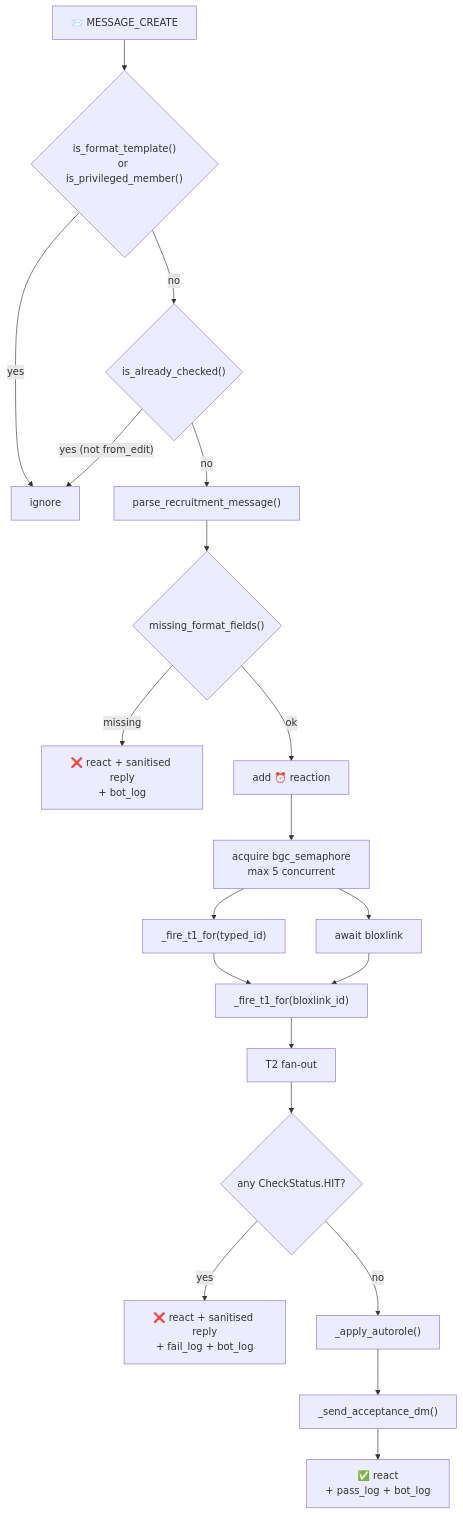
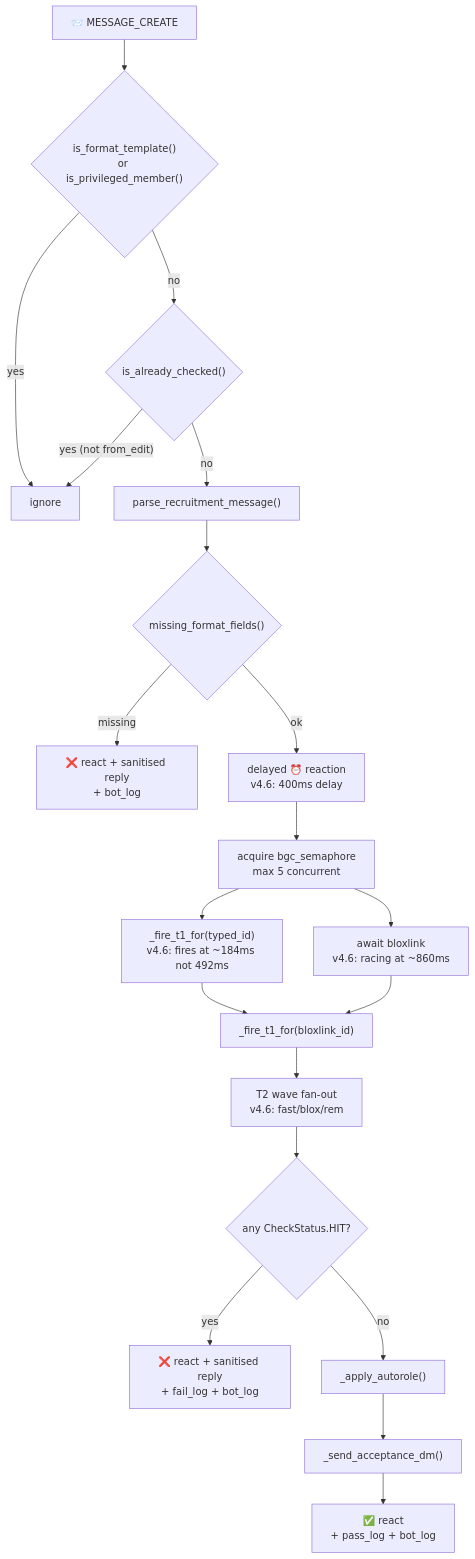
Before and after one commit to pizzarobloxh/bgc-bot: the first of 12 diagrams in README.md, drawn with Mermaid. The commit also changed other lines of this file, not shown here.

````diff
--- a/README.md
+++ b/README.md
@@ -199,22 +180,22 @@
 ```mermaid
 flowchart TD
     A["📨 MESSAGE_CREATE"] --> B{"is_format_template()<br/>or is_privileged_member()"}
     B -->|"yes"| Z["ignore"]
     B -->|"no"| C{"is_already_checked()"}
     C -->|"yes (not from_edit)"| Z
     C -->|"no"| D["parse_recruitment_message()"]
     D --> E{"missing_format_fields()"}
     E -->|"missing"| F["❌ react + sanitised reply<br/>+ bot_log"]
-    E -->|"ok"| G["add ⏰ reaction"]
+    E -->|"ok"| G["delayed ⏰ reaction<br/>v4.6: 400ms delay"]
     G --> H["acquire bgc_semaphore<br/>max 5 concurrent"]
-    H --> I["_fire_t1_for(typed_id)"]
-    H --> J["await bloxlink"]
+    H --> I["_fire_t1_for(typed_id)<br/>v4.6: fires at ~184ms not 492ms"]
+    H --> J["await bloxlink<br/>v4.6: racing at ~860ms"]
     I --> K["_fire_t1_for(bloxlink_id)"]
     J --> K
-    K --> L["T2 fan-out"]
+    K --> L["T2 wave fan-out<br/>v4.6: fast/blox/rem"]
     L --> M{"any CheckStatus.HIT?"}
     M -->|"yes"| N["❌ react + sanitised reply<br/>+ fail_log + bot_log"]
     M -->|"no"| O["_apply_autorole()"]
     O --> P["_send_acceptance_dm()"]
     P --> Q["✅ react<br/>+ pass_log + bot_log"]
 ```
````
